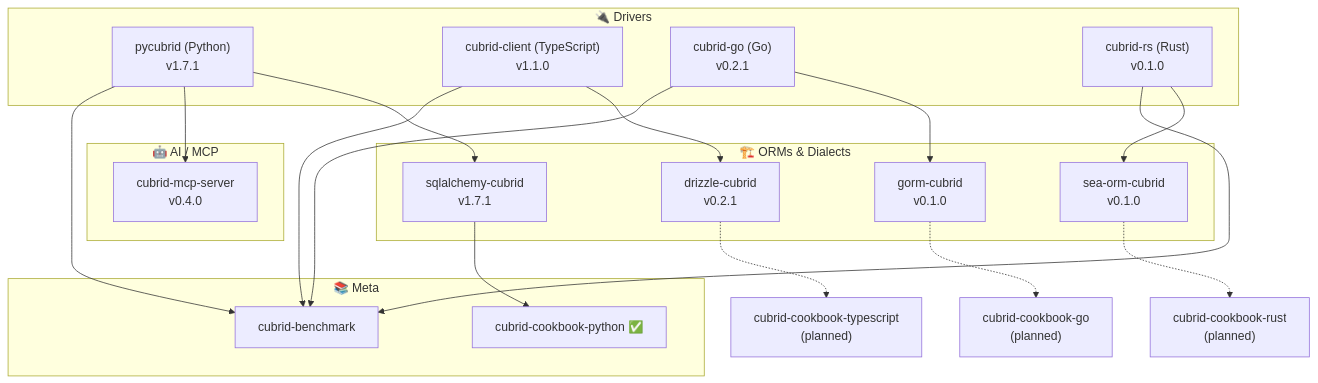
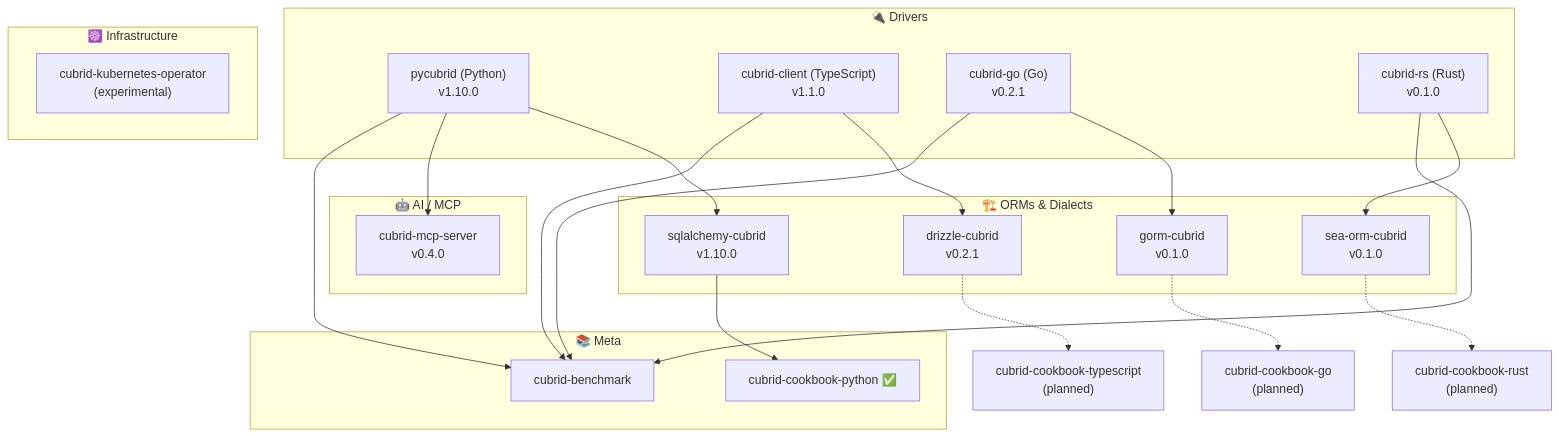
One commit to cubrid-lab/.github changed the first of 2 diagrams in ROADMAP.md. Above: the diagram before and after it, drawn with Mermaid. The commit also changed other lines of this file, not shown here.

Commit message:
docs: refresh the ecosystem roadmap with the current Python releases (#50)

````diff
--- a/ROADMAP.md
+++ b/ROADMAP.md
@@ -15,41 +15,45 @@
 ```mermaid
 graph TD
     subgraph Drivers["🔌 Drivers"]
-        pycubrid["pycubrid (Python)\nv1.7.1"]
+        pycubrid["pycubrid (Python)\nv1.10.0"]
         cubrid_client["cubrid-client (TypeScript)\nv1.1.0"]
         cubrid_go["cubrid-go (Go)\nv0.2.1"]
         cubrid_rs["cubrid-rs (Rust)\nv0.1.0"]
     end
 
     subgraph AI["🤖 AI / MCP"]
         mcp["cubrid-mcp-server\nv0.4.0"]
     end
 
     subgraph ORMs["🏗️ ORMs & Dialects"]
-        sqlalchemy["sqlalchemy-cubrid\nv1.7.1"]
+        sqlalchemy["sqlalchemy-cubrid\nv1.10.0"]
         drizzle["drizzle-cubrid\nv0.2.1"]
         gorm["gorm-cubrid\nv0.1.0"]
         sea_orm["sea-orm-cubrid\nv0.1.0"]
     end
 
     subgraph Meta["📚 Meta"]
         cookbook_py["cubrid-cookbook-python ✅"]
         benchmark["cubrid-benchmark"]
+    end
+
+    subgraph Infra["☸️ Infrastructure"]
+        operator["cubrid-kubernetes-operator\n(experimental)"]
     end
 
     pycubrid --> sqlalchemy
     cubrid_client --> drizzle
     cubrid_go --> gorm
     cubrid_rs --> sea_orm
 
     sqlalchemy --> cookbook_py
     pycubrid --> mcp
     drizzle -.-> cookbook_ts["cubrid-cookbook-typescript\n(planned)"]
     gorm -.-> cookbook_go["cubrid-cookbook-go\n(planned)"]
     sea_orm -.-> cookbook_rs["cubrid-cookbook-rust\n(planned)"]
 
     pycubrid --> benchmark
     cubrid_client --> benchmark
     cubrid_go --> benchmark
     cubrid_rs --> benchmark
 ```
````
